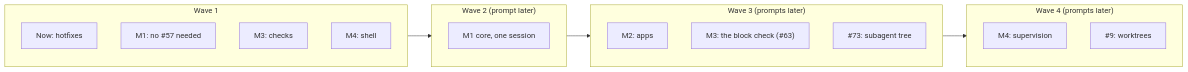
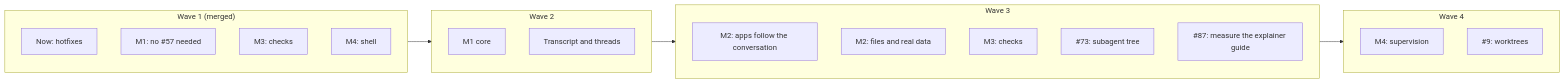
The diagram in designs/prompts/README.md (HJeon139/postbox), drawn with Mermaid before and after one commit. The commit also changed other lines of this file, not shown here.

Commit message:
Prompts: wave 2 adds a transcript and threads session; waves 3 and 4 take wave 1's manual UAT defects

````diff
--- a/designs/prompts/README.md
+++ b/designs/prompts/README.md
@@ -7,22 +7,25 @@
 ```mermaid
 flowchart LR
-  subgraph w1["Wave 1"]
+  subgraph w1["Wave 1 (merged)"]
     a["Now: hotfixes"]
     b["M1: no #57 needed"]
     c["M3: checks"]
     d["M4: shell"]
   end
-  subgraph w2["Wave 2 (prompt later)"]
-    e["M1 core, one session"]
+  subgraph w2["Wave 2"]
+    e["M1 core"]
+    k["Transcript and threads"]
   end
-  subgraph w3["Wave 3 (prompts later)"]
-    f["M2: apps"]
-    j["M3: the block check (#63)"]
+  subgraph w3["Wave 3"]
+    f["M2: apps follow the conversation"]
+    l["M2: files and real data"]
+    j["M3: checks"]
     i["#73: subagent tree"]
+    m["#87: measure the explainer guide"]
   end
-  subgraph w4["Wave 4 (prompts later)"]
+  subgraph w4["Wave 4"]
     g["M4: supervision"]
     h["#9: worktrees"]
   end
   w1 --> w2 --> w3 --> w4
 ```
````
